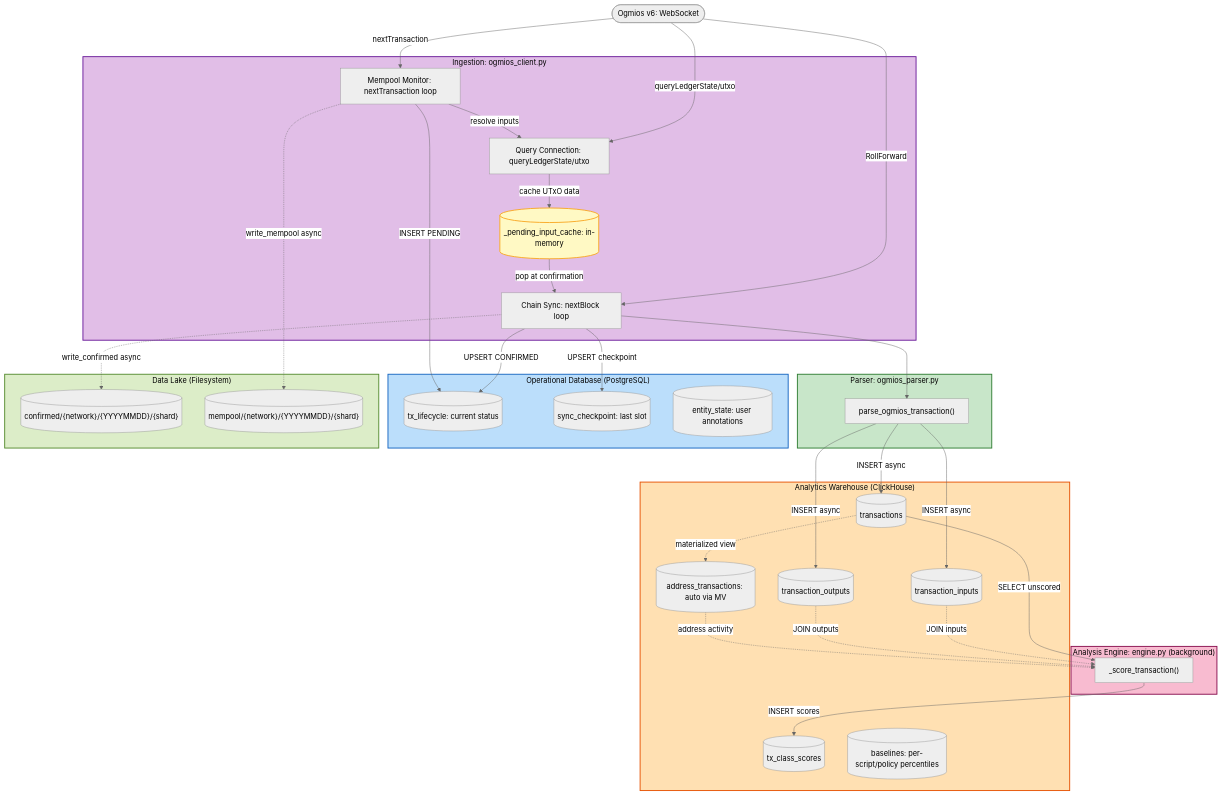
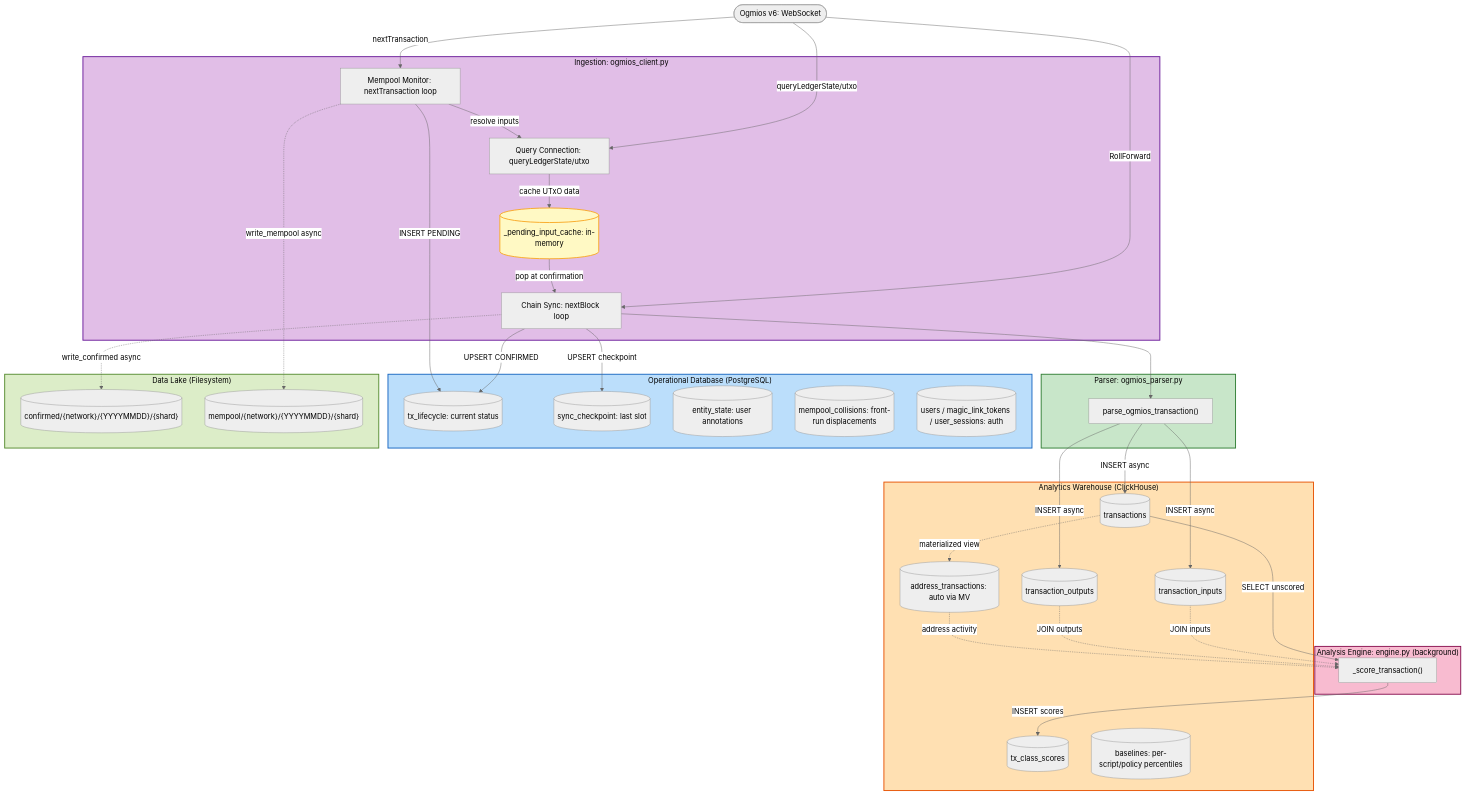
One commit to input-output-hk/TransactionMonitoringSystem changed the second of 3 diagrams in docs/DATA-FLOW.md. Above: the diagram before and after it, drawn with Mermaid (neutral theme). The commit also changed 8 other files, not shown here.

````diff
--- a/docs/DATA-FLOW.md
+++ b/docs/DATA-FLOW.md
@@ -94,74 +94,76 @@
 ```mermaid
 flowchart TD
     OG(["Ogmios v6: WebSocket"])
 
     subgraph ingest["Ingestion: ogmios_client.py"]
         CS["Chain Sync: nextBlock loop"]
         MM["Mempool Monitor: nextTransaction loop"]
         QC["Query Connection: queryLedgerState/utxo"]
         CACHE[("_pending_input_cache: in-memory")]
     end
 
     subgraph parse["Parser: ogmios_parser.py"]
         P["parse_ogmios_transaction()"]
     end
 
     subgraph ch["Analytics Warehouse (ClickHouse)"]
         T[("transactions")]
         TI[("transaction_inputs")]
         TO[("transaction_outputs")]
         AT[("address_transactions: auto via MV")]
         AR[("tx_class_scores")]
         BL[("baselines: per-script/policy percentiles")]
     end
 
     subgraph pg["Operational Database (PostgreSQL)"]
         LC[("tx_lifecycle: current status")]
         SC[("sync_checkpoint: last slot")]
         ES[("entity_state: user annotations")]
+        MC[("mempool_collisions: front-run displacements")]
+        AU[("users / magic_link_tokens / user_sessions: auth")]
     end
 
     subgraph fs["Data Lake (Filesystem)"]
         RC[("confirmed/{network}/{YYYYMMDD}/{shard}")]
         RM[("mempool/{network}/{YYYYMMDD}/{shard}")]
     end
 
     subgraph ae["Analysis Engine: engine.py (background)"]
         AE["_score_transaction()"]
     end
 
     OG -->|"RollForward"| CS
     OG -->|"nextTransaction"| MM
     OG -->|"queryLedgerState/utxo"| QC
 
     MM -->|"resolve inputs"| QC
     QC -->|"cache UTxO data"| CACHE
     CACHE -->|"pop at confirmation"| CS
 
     CS --> P
     P -->|"INSERT async"| T
     P -->|"INSERT async"| TI
     P -->|"INSERT async"| TO
     T -.->|"materialized view"| AT
 
     CS -->|"UPSERT CONFIRMED"| LC
     CS -->|"UPSERT checkpoint"| SC
     CS -.->|"write_confirmed async"| RC
 
     MM -->|"INSERT PENDING"| LC
     MM -.->|"write_mempool async"| RM
 
     T  -->|"SELECT unscored"| AE
     TI -.->|"JOIN inputs"| AE
     TO -.->|"JOIN outputs"| AE
     AT -.->|"address activity"| AE
     AE -->|"INSERT scores"| AR
 
     style ch     fill:#ffe0b2,stroke:#e65100,color:#000000,stroke-width:2px
     style pg     fill:#bbdefb,stroke:#1565c0,color:#000000,stroke-width:2px
     style fs     fill:#dcedc8,stroke:#558b2f,color:#000000,stroke-width:2px
     style CACHE  fill:#fff9c4,stroke:#f9a825,color:#000000,stroke-width:2px
     style ingest fill:#e1bee7,stroke:#6a1b9a,color:#000000,stroke-width:2px
     style parse  fill:#c8e6c9,stroke:#2e7d32,color:#000000,stroke-width:2px
     style ae     fill:#f8bbd0,stroke:#880e4f,color:#000000,stroke-width:2px
 ```
````
